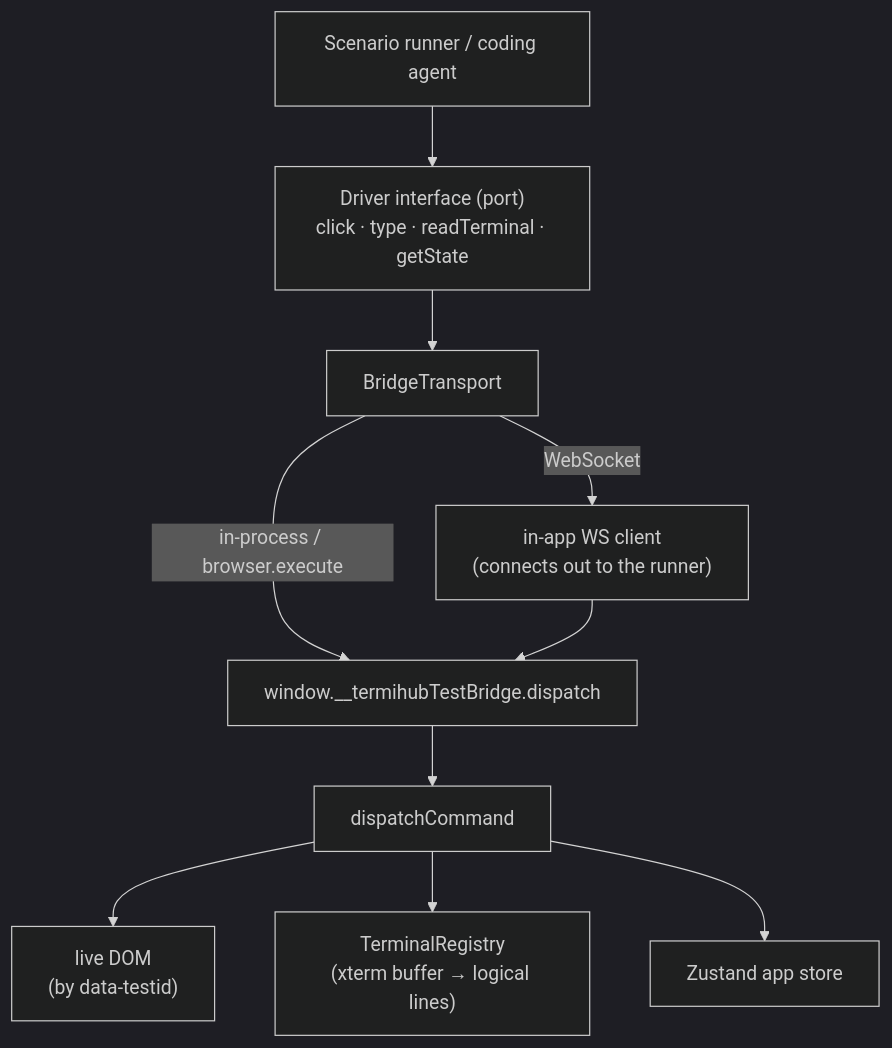
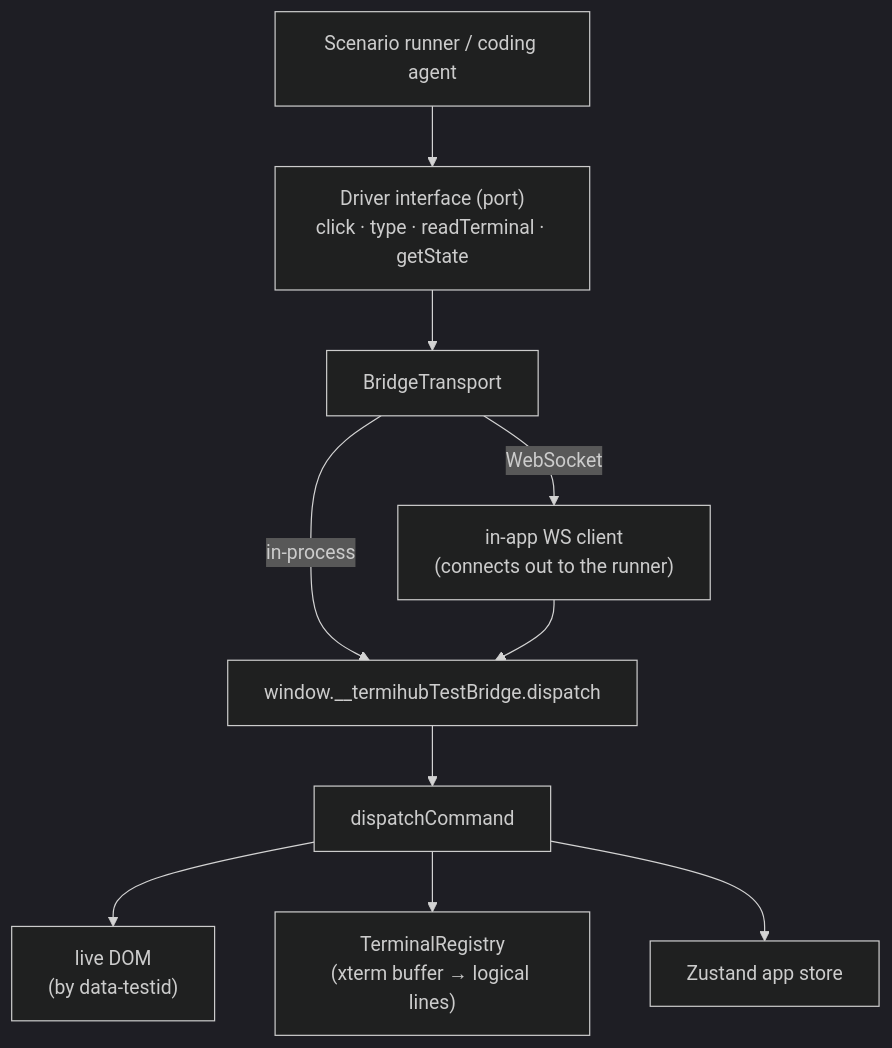
One commit to armaxri/termiHub changed the first of 2 diagrams in docs/test-bridge.md. Above: the diagram before and after it, drawn with Mermaid (dark theme). The commit also changed other lines of this file, not shown here.

First line of the commit message:
docs(test-bridge): list the projection verbs, use a python driver example and fix a suite path

````diff
--- a/docs/test-bridge.md
+++ b/docs/test-bridge.md
@@ -30,12 +30,12 @@
 ```mermaid
 flowchart TD
     R["Scenario runner / coding agent"] --> D["Driver interface (port)<br/>click · type · readTerminal · getState"]
     D --> T["BridgeTransport"]
-    T -->|in-process / browser.execute| G["window.__termihubTestBridge.dispatch"]
+    T -->|in-process| G["window.__termihubTestBridge.dispatch"]
     T -->|WebSocket| WSC["in-app WS client<br/>(connects out to the runner)"]
     WSC --> G
     G --> DP["dispatchCommand"]
     DP --> DOM["live DOM<br/>(by data-testid)"]
     DP --> REG["TerminalRegistry<br/>(xterm buffer → logical lines)"]
     DP --> ST["Zustand app store"]
 ```
````
